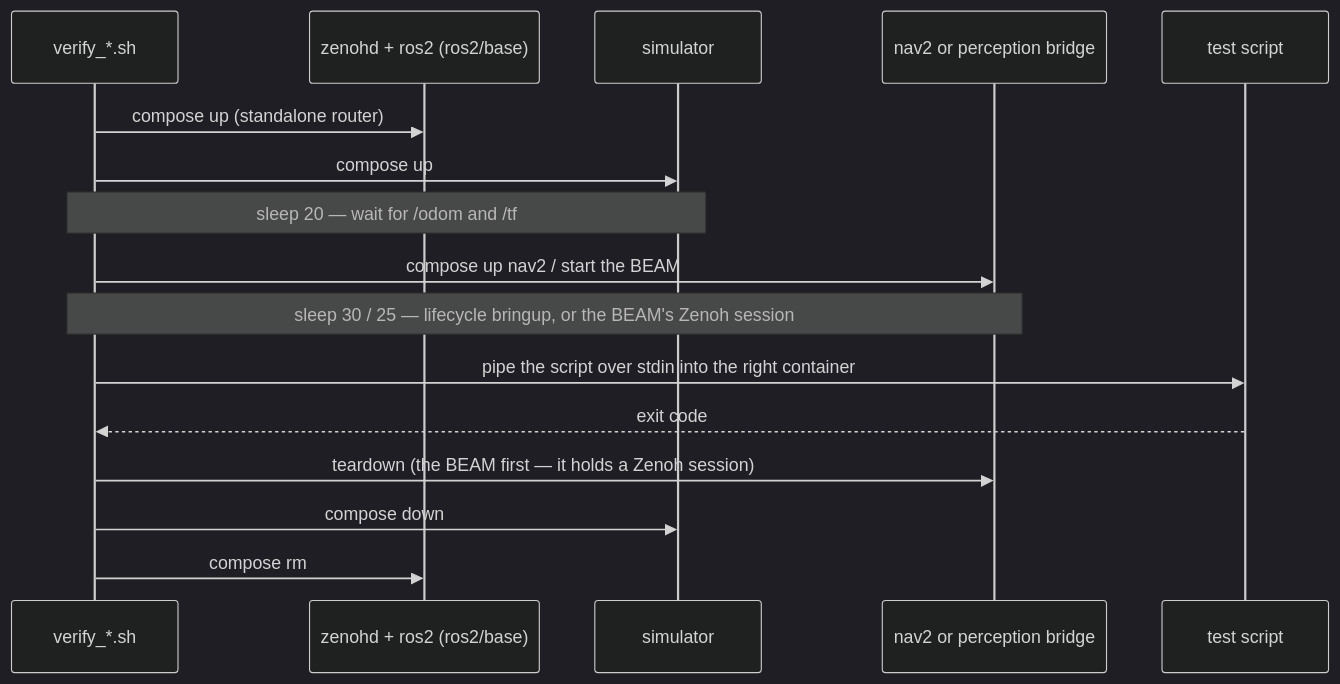
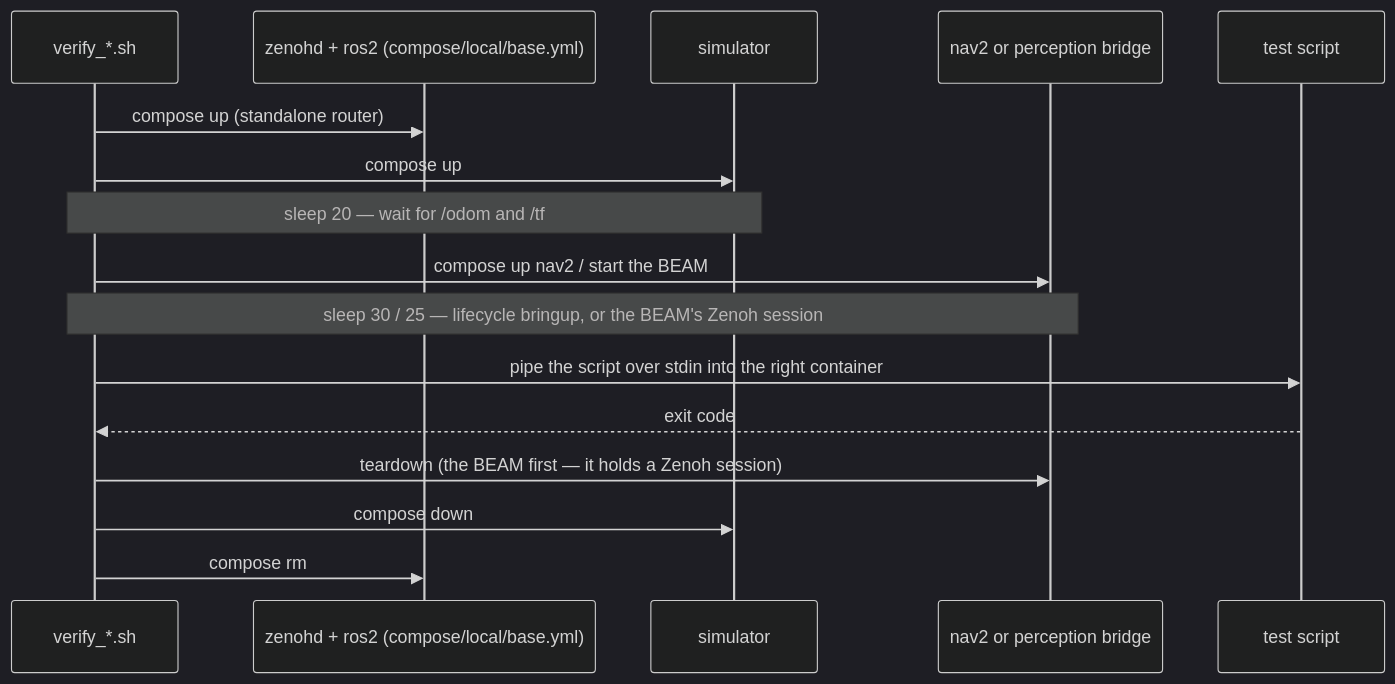
Before and after one commit to open-vehicle-control-system/ovcs: the eighth of 8 diagrams in docs/ros2_integration.md, drawn with Mermaid (dark theme). The commit also changed other lines of this file and 88 other files, not shown here.

````diff
--- a/docs/ros2_integration.md
+++ b/docs/ros2_integration.md
@@ -565,18 +567,18 @@
 ```mermaid
 sequenceDiagram
     participant V as verify_*.sh
-    participant R as zenohd + ros2 (ros2/base)
+    participant R as zenohd + ros2 (compose/local/base.yml)
     participant S as simulator
     participant X as nav2 or perception bridge
     participant T as test script
     V->>R: compose up (standalone router)
     V->>S: compose up
     Note over V,S: sleep 20 — wait for /odom and /tf
     V->>X: compose up nav2 / start the BEAM
     Note over V,X: sleep 30 / 25 — lifecycle bringup, or the BEAM's Zenoh session
     V->>T: pipe the script over stdin into the right container
     T-->>V: exit code
     V->>X: teardown (the BEAM first — it holds a Zenoh session)
     V->>S: compose down
     V->>R: compose rm
 ```
````
